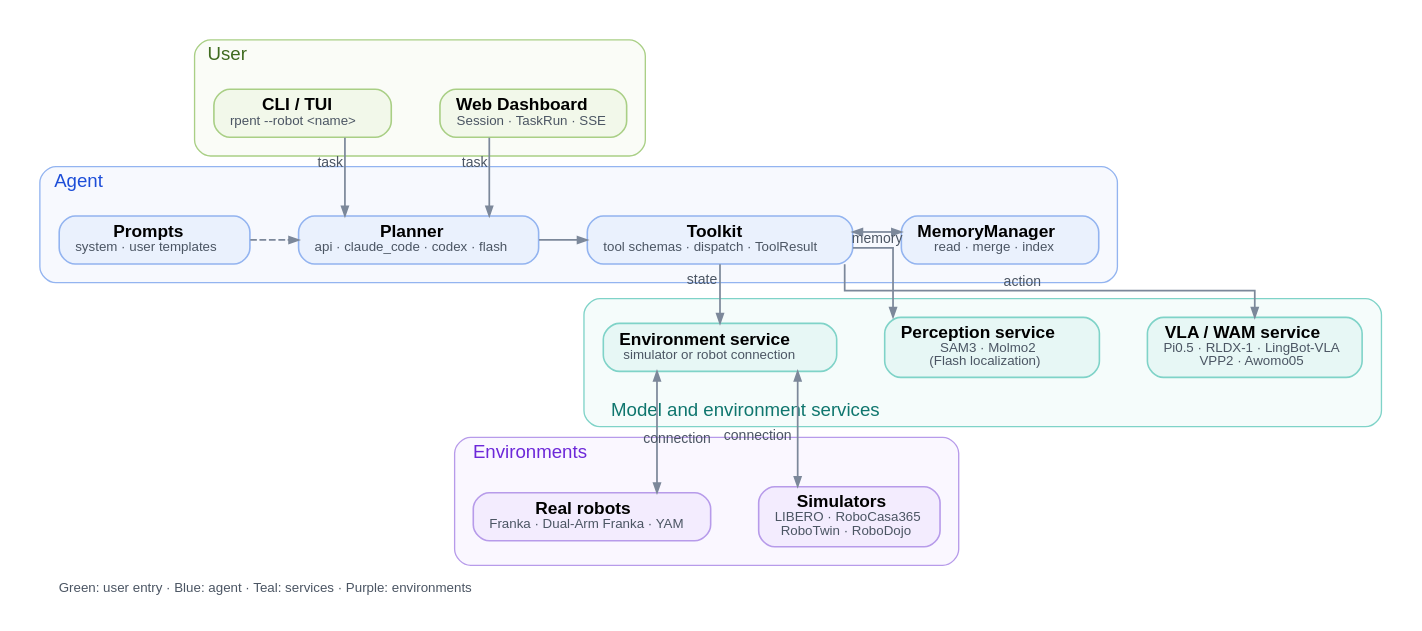
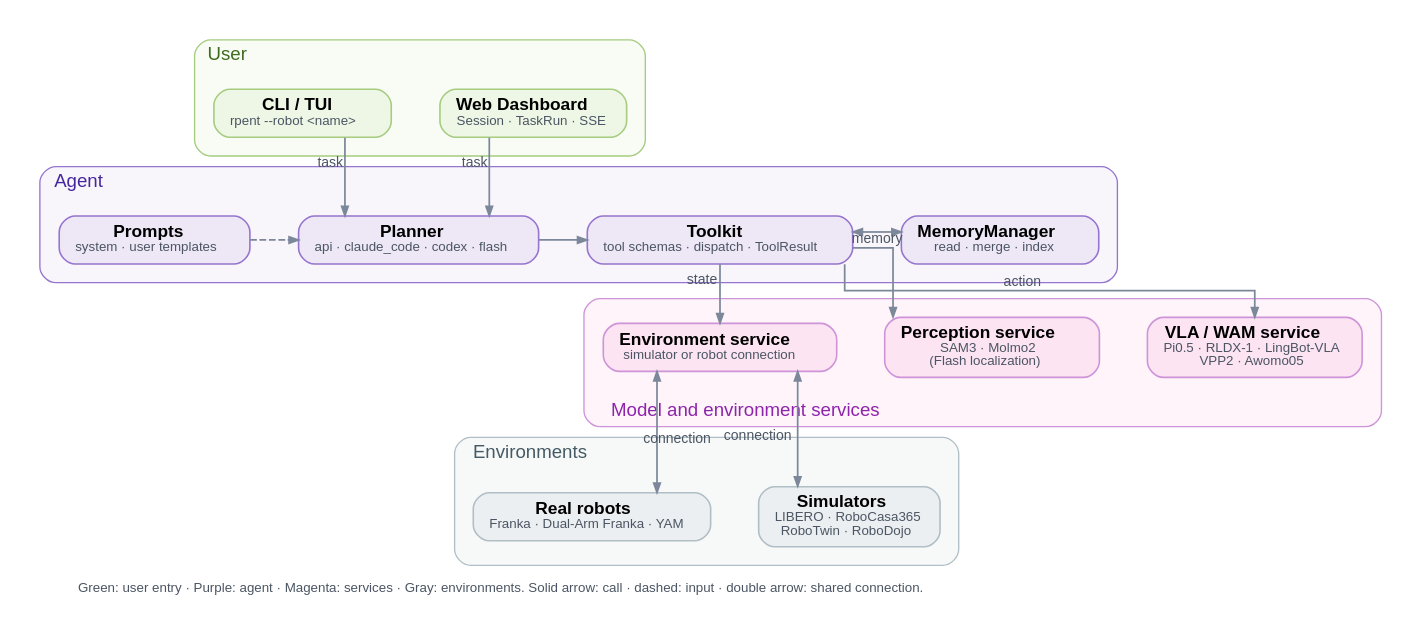
The diagram in docs/_diagrams/architecture-en.dot (qurakchin/RPent), drawn with Graphviz before and after one commit. The commit also changed 91 other files, not shown here.

```diff
--- a/docs/_diagrams/architecture-en.dot
+++ b/docs/_diagrams/architecture-en.dot
@@ -1,64 +1,64 @@
 digraph architecture {
   graph [rankdir=TB, splines=ortho, nodesep=0.50, ranksep=0.55, pad=0.20,
          newrank=true, fontname="Helvetica", bgcolor="white",
-         label="Green: user entry · Blue: agent · Teal: services · Purple: environments", labelloc="b", labeljust="l", fontsize=10,
+         label="Green: user entry · Purple: agent · Magenta: services · Gray: environments. Solid arrow: call · dashed: input · double arrow: shared connection.", labelloc="b", labeljust="l", fontsize=10,
          fontcolor="#4b5563"];
   node [shape=box, style="rounded,filled", fontname="Helvetica", fontsize=12,
         margin="0.16,0.09", penwidth=1.2];
   edge [color="#7c889a", penwidth=1.3, arrowsize=0.7, fontname="Helvetica",
         fontsize=10.5, fontcolor="#4b5563"];
 
   subgraph cluster_user {
     label="User"; labeljust="l"; labelloc="t";
     fontsize=14; margin=14;
     fontcolor="#3f6b1f"; style="rounded,filled";
-    fillcolor="#f2f8ea66"; color="#a9cf85";
+    fillcolor="#eef7e666"; color="#a5cc7f";
 {rank=same; dashboard; cli;}
-  dashboard [label=<<FONT POINT-SIZE="13"><B>Web Dashboard</B></FONT><BR/><FONT POINT-SIZE="10" COLOR="#4b5563">Session · TaskRun · SSE</FONT>>, fillcolor="#f2f8ea", color="#a9cf85"];
-  cli [label=<<FONT POINT-SIZE="13"><B>CLI / TUI</B></FONT><BR/><FONT POINT-SIZE="10" COLOR="#4b5563">rpent --robot &lt;name&gt;</FONT>>, fillcolor="#f2f8ea", color="#a9cf85"];
+  dashboard [label=<<FONT POINT-SIZE="13"><B>Web Dashboard</B></FONT><BR/><FONT POINT-SIZE="10" COLOR="#4b5563">Session · TaskRun · SSE</FONT>>, fillcolor="#eef7e6", color="#a5cc7f"];
+  cli [label=<<FONT POINT-SIZE="13"><B>CLI / TUI</B></FONT><BR/><FONT POINT-SIZE="10" COLOR="#4b5563">rpent --robot &lt;name&gt;</FONT>>, fillcolor="#eef7e6", color="#a5cc7f"];
   }
 
   subgraph cluster_agent {
     label="Agent"; labeljust="l"; labelloc="t";
     fontsize=14; margin=14;
-    fontcolor="#1d4ed8"; style="rounded,filled";
-    fillcolor="#eaf1fd66"; color="#93b4f0";
+    fontcolor="#4527a0"; style="rounded,filled";
+    fillcolor="#ede7f666"; color="#9575cd";
 {rank=same; prompts; planner; toolkit; memory;}
-  prompts [label=<<FONT POINT-SIZE="13"><B>Prompts</B></FONT><BR/><FONT POINT-SIZE="10" COLOR="#4b5563">system · user templates</FONT>>, fillcolor="#eaf1fd", color="#93b4f0"];
-  planner [label=<<FONT POINT-SIZE="13"><B>Planner</B></FONT><BR/><FONT POINT-SIZE="10" COLOR="#4b5563">api · claude_code · codex · flash</FONT>>, fillcolor="#eaf1fd", color="#93b4f0"];
-  toolkit [label=<<FONT POINT-SIZE="13"><B>Toolkit</B></FONT><BR/><FONT POINT-SIZE="10" COLOR="#4b5563">tool schemas · dispatch · ToolResult</FONT>>, fillcolor="#eaf1fd", color="#93b4f0", group=spine];
-  memory [label=<<FONT POINT-SIZE="13"><B>MemoryManager</B></FONT><BR/><FONT POINT-SIZE="10" COLOR="#4b5563">read · merge · index</FONT>>, fillcolor="#eaf1fd", color="#93b4f0"];
+  prompts [label=<<FONT POINT-SIZE="13"><B>Prompts</B></FONT><BR/><FONT POINT-SIZE="10" COLOR="#4b5563">system · user templates</FONT>>, fillcolor="#ede7f6", color="#9575cd"];
+  planner [label=<<FONT POINT-SIZE="13"><B>Planner</B></FONT><BR/><FONT POINT-SIZE="10" COLOR="#4b5563">api · claude_code · codex · flash</FONT>>, fillcolor="#ede7f6", color="#9575cd"];
+  toolkit [label=<<FONT POINT-SIZE="13"><B>Toolkit</B></FONT><BR/><FONT POINT-SIZE="10" COLOR="#4b5563">tool schemas · dispatch · ToolResult</FONT>>, fillcolor="#ede7f6", color="#9575cd", group=spine];
+  memory [label=<<FONT POINT-SIZE="13"><B>MemoryManager</B></FONT><BR/><FONT POINT-SIZE="10" COLOR="#4b5563">read · merge · index</FONT>>, fillcolor="#ede7f6", color="#9575cd"];
   }
 
   subgraph cluster_service {
     label="Model and environment services"; labeljust="l"; labelloc="b";
     fontsize=14; margin=14;
-    fontcolor="#0f766e"; style="rounded,filled";
-    fillcolor="#e7f7f566"; color="#7fd3c8";
+    fontcolor="#8e24aa"; style="rounded,filled";
+    fillcolor="#fce4f266"; color="#ce93d8";
 {rank=same; vla; perception; env_service;}
-  vla [label=<<FONT POINT-SIZE="13"><B>VLA / WAM service</B></FONT><BR/><FONT POINT-SIZE="10" COLOR="#4b5563">Pi0.5 · RLDX-1 · LingBot-VLA<BR/>VPP2 · Awomo05</FONT>>, fillcolor="#e7f7f5", color="#7fd3c8"];
-  perception [label=<<FONT POINT-SIZE="13"><B>Perception service</B></FONT><BR/><FONT POINT-SIZE="10" COLOR="#4b5563">SAM3 · Molmo2<BR/>(Flash localization)</FONT>>, fillcolor="#e7f7f5", color="#7fd3c8"];
-  env_service [label=<<FONT POINT-SIZE="13"><B>Environment service</B></FONT><BR/><FONT POINT-SIZE="10" COLOR="#4b5563">simulator or robot connection</FONT>>, fillcolor="#e7f7f5", color="#7fd3c8", group=spine];
+  vla [label=<<FONT POINT-SIZE="13"><B>VLA / WAM service</B></FONT><BR/><FONT POINT-SIZE="10" COLOR="#4b5563">Pi0.5 · RLDX-1 · LingBot-VLA<BR/>VPP2 · Awomo05</FONT>>, fillcolor="#fce4f2", color="#ce93d8"];
+  perception [label=<<FONT POINT-SIZE="13"><B>Perception service</B></FONT><BR/><FONT POINT-SIZE="10" COLOR="#4b5563">SAM3 · Molmo2<BR/>(Flash localization)</FONT>>, fillcolor="#fce4f2", color="#ce93d8"];
+  env_service [label=<<FONT POINT-SIZE="13"><B>Environment service</B></FONT><BR/><FONT POINT-SIZE="10" COLOR="#4b5563">simulator or robot connection</FONT>>, fillcolor="#fce4f2", color="#ce93d8", group=spine];
   }
 
   subgraph cluster_env {
     label="Environments"; labeljust="l"; labelloc="t";
     fontsize=14; margin=14;
-    fontcolor="#6d28d9"; style="rounded,filled";
-    fillcolor="#f3ecfe66"; color="#b79bea";
+    fontcolor="#455a64"; style="rounded,filled";
+    fillcolor="#eceff166"; color="#b0bec5";
 {rank=same; sims; real;}
-  sims [label=<<FONT POINT-SIZE="13"><B>Simulators</B></FONT><BR/><FONT POINT-SIZE="10" COLOR="#4b5563">LIBERO · RoboCasa365<BR/>RoboTwin · RoboDojo</FONT>>, fillcolor="#f3ecfe", color="#b79bea"];
-  real [label=<<FONT POINT-SIZE="13"><B>Real robots</B></FONT><BR/><FONT POINT-SIZE="10" COLOR="#4b5563">Franka · Dual-Arm Franka · YAM</FONT>>, fillcolor="#f3ecfe", color="#b79bea"];
+  sims [label=<<FONT POINT-SIZE="13"><B>Simulators</B></FONT><BR/><FONT POINT-SIZE="10" COLOR="#4b5563">LIBERO · RoboCasa365<BR/>RoboTwin · RoboDojo</FONT>>, fillcolor="#eceff1", color="#b0bec5"];
+  real [label=<<FONT POINT-SIZE="13"><B>Real robots</B></FONT><BR/><FONT POINT-SIZE="10" COLOR="#4b5563">Franka · Dual-Arm Franka · YAM</FONT>>, fillcolor="#eceff1", color="#b0bec5"];
   }
 
   dashboard -> planner [xlabel="task"];
   cli -> planner [xlabel="task"];
   prompts -> planner [style=dashed];
   planner -> toolkit;
   toolkit -> memory [dir=both, xlabel="memory"];
   toolkit -> vla [xlabel="action"];
   toolkit -> perception;
   toolkit -> env_service [xlabel="state"];
   env_service -> sims [dir=both, xlabel="connection"];
   env_service -> real [dir=both, xlabel="connection"];
 }
```
